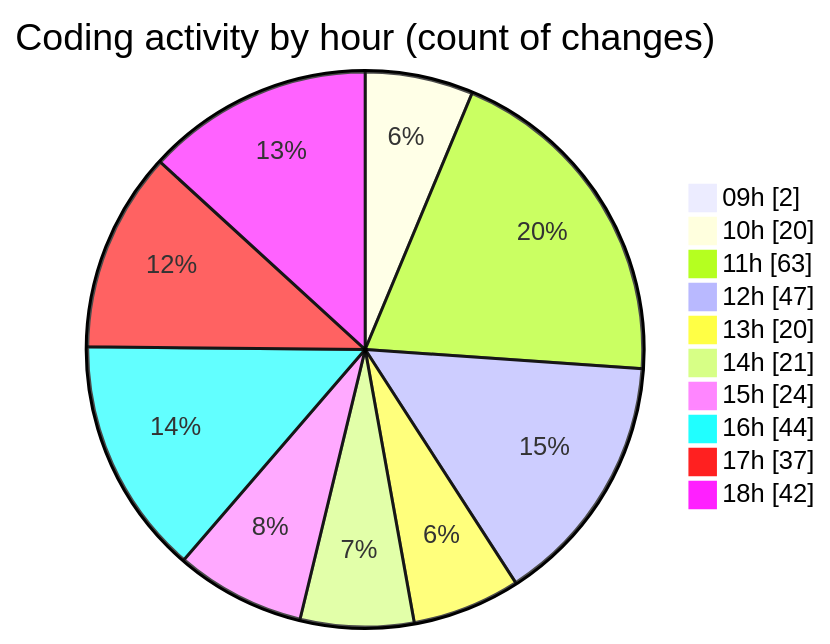
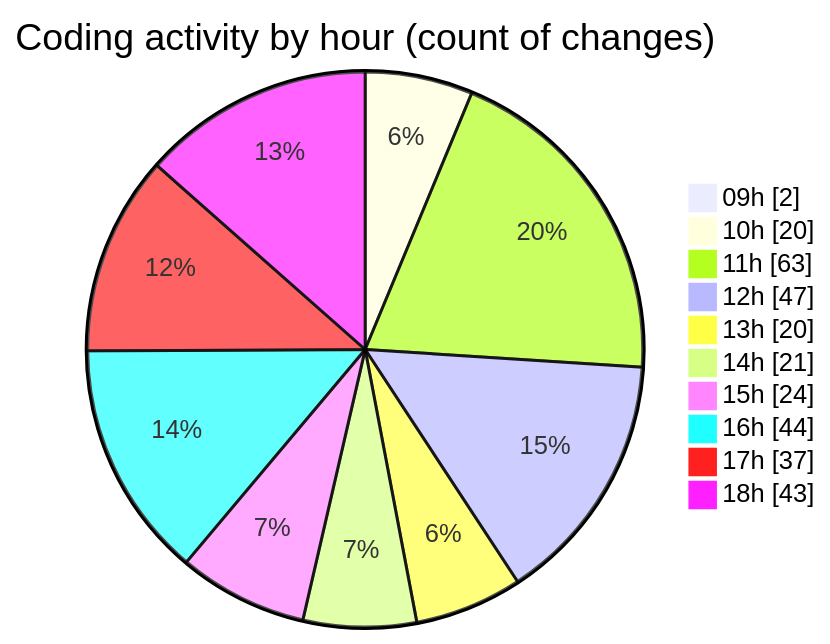
The second of 2 diagrams in 2025-04-08/cda/README.md (momahboobian/code-tracking), drawn with Mermaid before and after one commit. The commit also changed other lines of this file and 1 other file, not shown here.

````diff
--- a/2025-04-08/cda/README.md
+++ b/2025-04-08/cda/README.md
@@ -46,14 +46,14 @@
 ```mermaid
 pie showData
 title Coding activity by hour (count of changes)
 "09h" : 2
 "10h" : 20
 "11h" : 63
 "12h" : 47
 "13h" : 20
 "14h" : 21
 "15h" : 24
 "16h" : 44
 "17h" : 37
-"18h" : 42
+"18h" : 43
 ```
````
